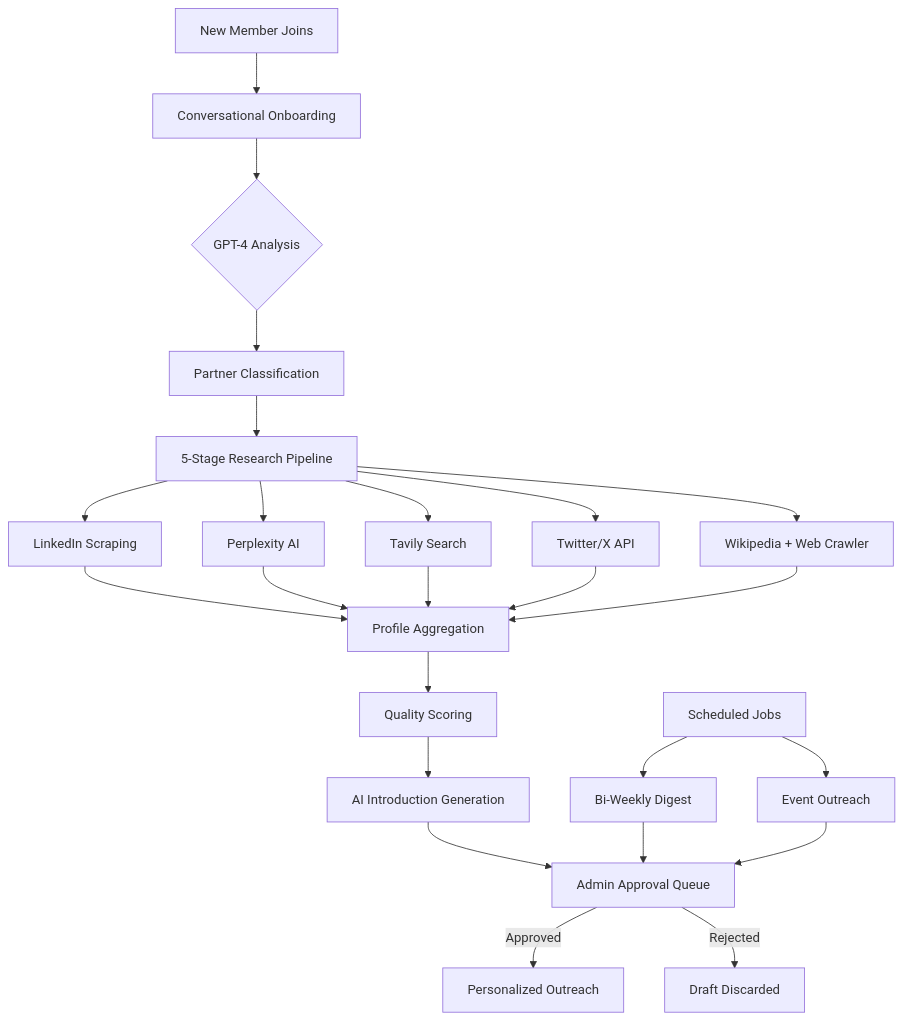
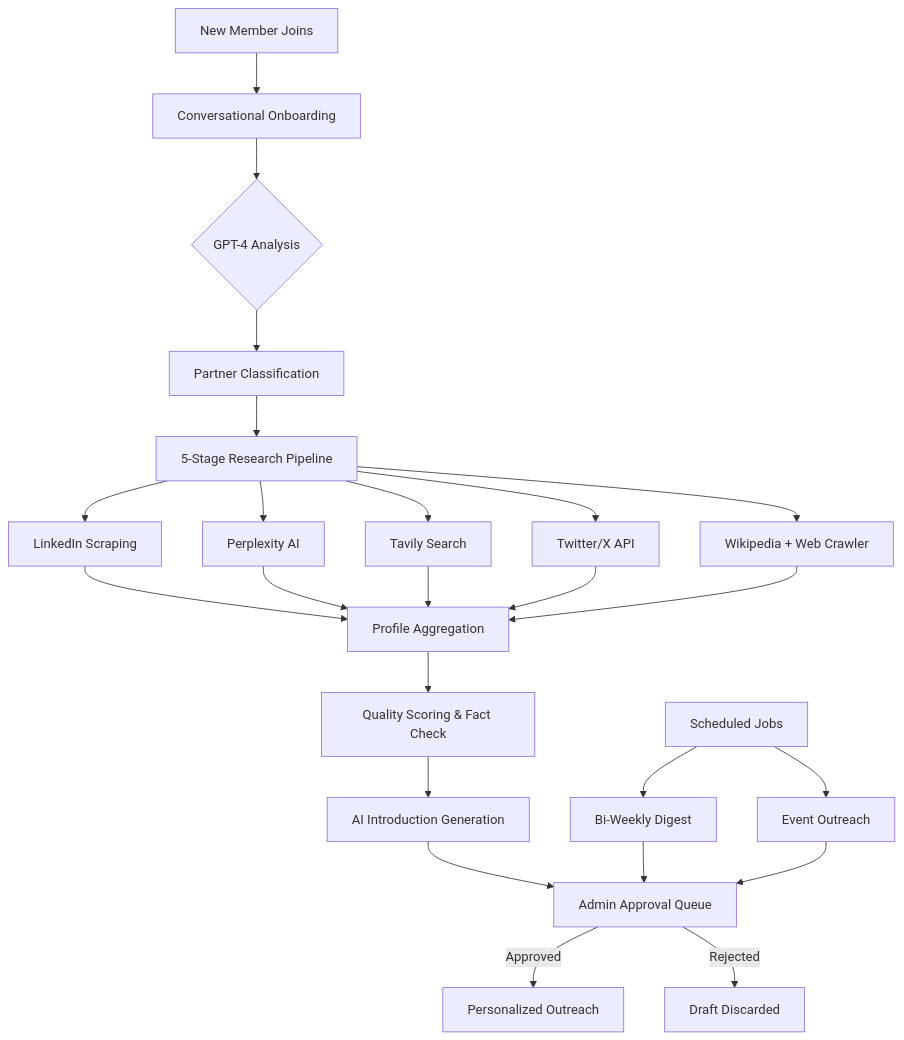
The diagram in README.md (JiwaniZakir/sentinel), drawn with Mermaid before and after one commit. The commit also changed other lines of this file, not shown here.

````diff
--- a/README.md
+++ b/README.md
@@ -15,24 +46,24 @@
 ```mermaid
 graph TD
     A[New Member Joins] --> B[Conversational Onboarding]
     B --> C{GPT-4 Analysis}
     C --> D[Partner Classification]
     D --> E[5-Stage Research Pipeline]
 
     E --> E1[LinkedIn Scraping]
     E --> E2[Perplexity AI]
     E --> E3[Tavily Search]
     E --> E4[Twitter/X API]
     E --> E5[Wikipedia + Web Crawler]
 
     E1 & E2 & E3 & E4 & E5 --> F[Profile Aggregation]
-    F --> G[Quality Scoring]
+    F --> G[Quality Scoring & Fact Check]
     G --> H[AI Introduction Generation]
     H --> I[Admin Approval Queue]
     I -->|Approved| J[Personalized Outreach]
     I -->|Rejected| K[Draft Discarded]
 
     L[Scheduled Jobs] --> M[Bi-Weekly Digest]
     L --> N[Event Outreach]
     M & N --> I
 ```
````
